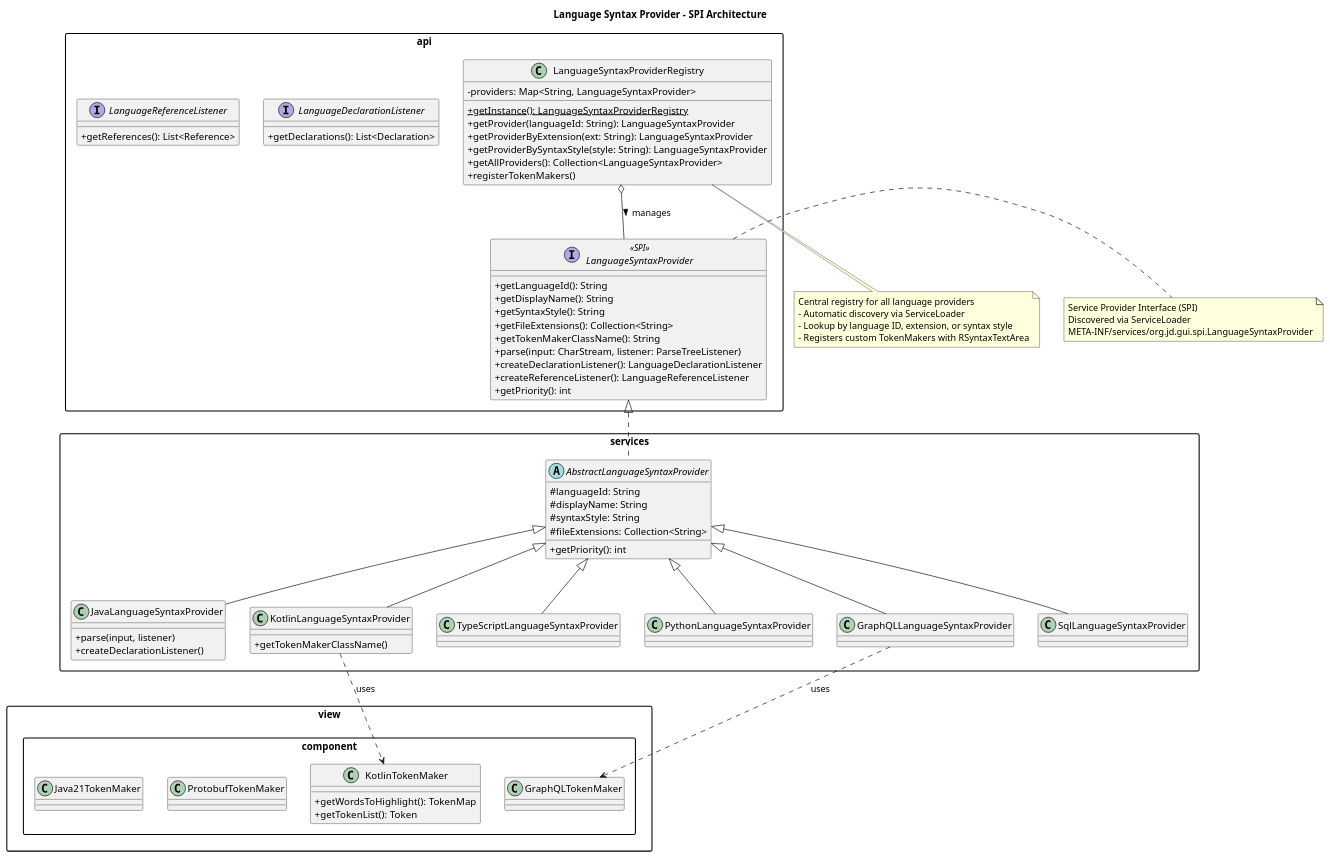
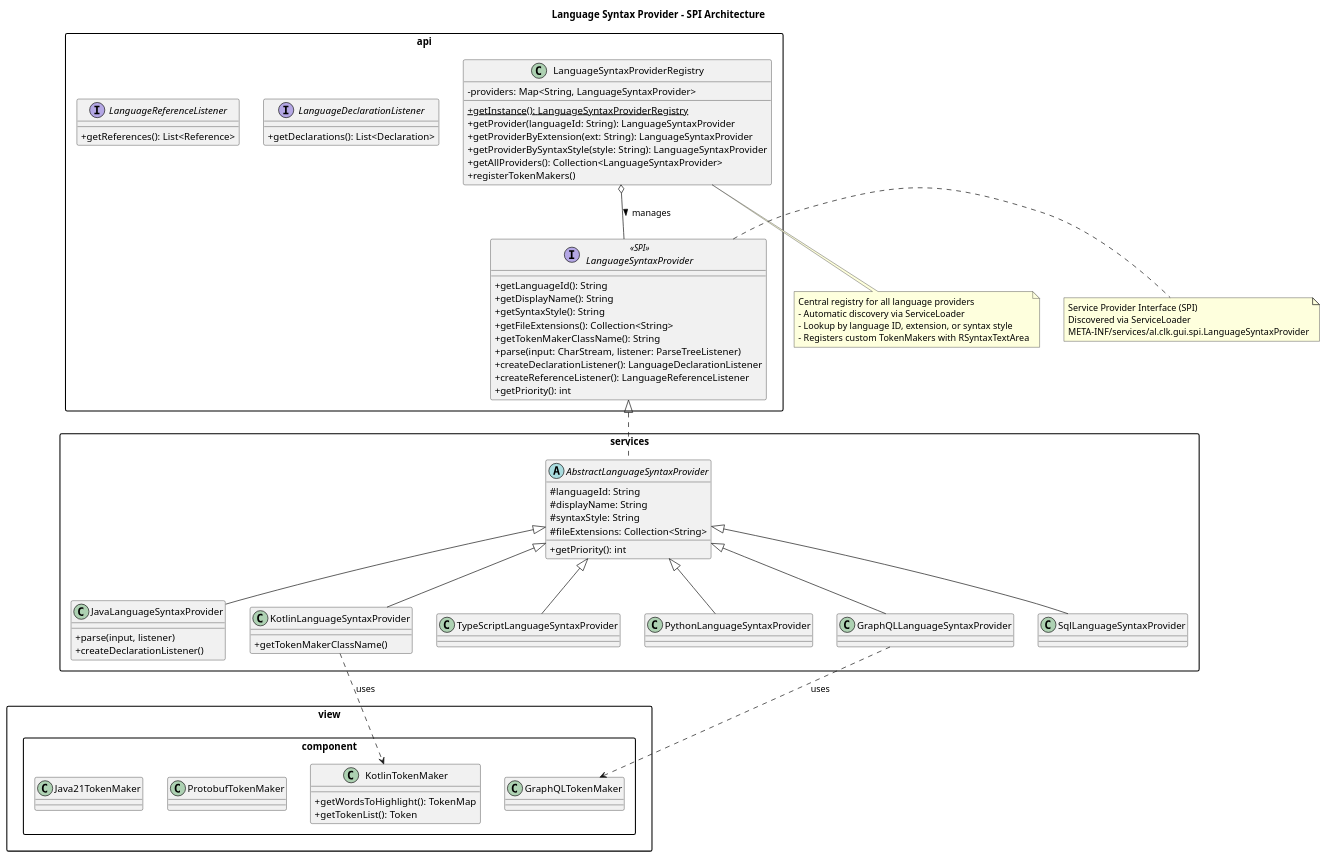
The diagram in docs/puml/language-syntax-provider.puml (CLK-AL/jd-gui), drawn with PlantUML before and after one commit. The commit also changed 858 other files, not shown here.

First line of the commit message:
refactor: Rename org.jd.gui to al.clk.gui

```diff
--- a/docs/puml/language-syntax-provider.puml
+++ b/docs/puml/language-syntax-provider.puml
@@ -1,101 +1,101 @@
 @startuml Language Syntax Provider Architecture
 
 title Language Syntax Provider - SPI Architecture
 
 skinparam packageStyle rectangle
 skinparam classAttributeIconSize 0
 
 package "api" {
     interface LanguageSyntaxProvider <<SPI>> {
         +getLanguageId(): String
         +getDisplayName(): String
         +getSyntaxStyle(): String
         +getFileExtensions(): Collection<String>
         +getTokenMakerClassName(): String
         +parse(input: CharStream, listener: ParseTreeListener)
         +createDeclarationListener(): LanguageDeclarationListener
         +createReferenceListener(): LanguageReferenceListener
         +getPriority(): int
     }
 
     class LanguageSyntaxProviderRegistry {
         -providers: Map<String, LanguageSyntaxProvider>
         +{static} getInstance(): LanguageSyntaxProviderRegistry
         +getProvider(languageId: String): LanguageSyntaxProvider
         +getProviderByExtension(ext: String): LanguageSyntaxProvider
         +getProviderBySyntaxStyle(style: String): LanguageSyntaxProvider
         +getAllProviders(): Collection<LanguageSyntaxProvider>
         +registerTokenMakers()
     }
 
     interface LanguageDeclarationListener {
         +getDeclarations(): List<Declaration>
     }
 
     interface LanguageReferenceListener {
         +getReferences(): List<Reference>
     }
 }
 
 package "services" {
     abstract class AbstractLanguageSyntaxProvider {
         #languageId: String
         #displayName: String
         #syntaxStyle: String
         #fileExtensions: Collection<String>
         +getPriority(): int
     }
 
     class JavaLanguageSyntaxProvider {
         +parse(input, listener)
         +createDeclarationListener()
     }
 
     class KotlinLanguageSyntaxProvider {
         +getTokenMakerClassName()
     }
 
     class TypeScriptLanguageSyntaxProvider
     class PythonLanguageSyntaxProvider
     class GraphQLLanguageSyntaxProvider
     class SqlLanguageSyntaxProvider
 }
 
 package "view.component" {
     class KotlinTokenMaker {
         +getWordsToHighlight(): TokenMap
         +getTokenList(): Token
     }
 
     class GraphQLTokenMaker
     class ProtobufTokenMaker
     class Java21TokenMaker
 }
 
 LanguageSyntaxProvider <|.. AbstractLanguageSyntaxProvider
 AbstractLanguageSyntaxProvider <|-- JavaLanguageSyntaxProvider
 AbstractLanguageSyntaxProvider <|-- KotlinLanguageSyntaxProvider
 AbstractLanguageSyntaxProvider <|-- TypeScriptLanguageSyntaxProvider
 AbstractLanguageSyntaxProvider <|-- PythonLanguageSyntaxProvider
 AbstractLanguageSyntaxProvider <|-- GraphQLLanguageSyntaxProvider
 AbstractLanguageSyntaxProvider <|-- SqlLanguageSyntaxProvider
 
 LanguageSyntaxProviderRegistry o-- LanguageSyntaxProvider : manages >
 
 KotlinLanguageSyntaxProvider ..> KotlinTokenMaker : uses
 GraphQLLanguageSyntaxProvider ..> GraphQLTokenMaker : uses
 
 note right of LanguageSyntaxProvider
   Service Provider Interface (SPI)
   Discovered via ServiceLoader
-  META-INF/services/org.jd.gui.spi.LanguageSyntaxProvider
+  META-INF/services/al.clk.gui.spi.LanguageSyntaxProvider
 end note
 
 note bottom of LanguageSyntaxProviderRegistry
   Central registry for all language providers
   - Automatic discovery via ServiceLoader
   - Lookup by language ID, extension, or syntax style
   - Registers custom TokenMakers with RSyntaxTextArea
 end note
 
 @enduml
```
